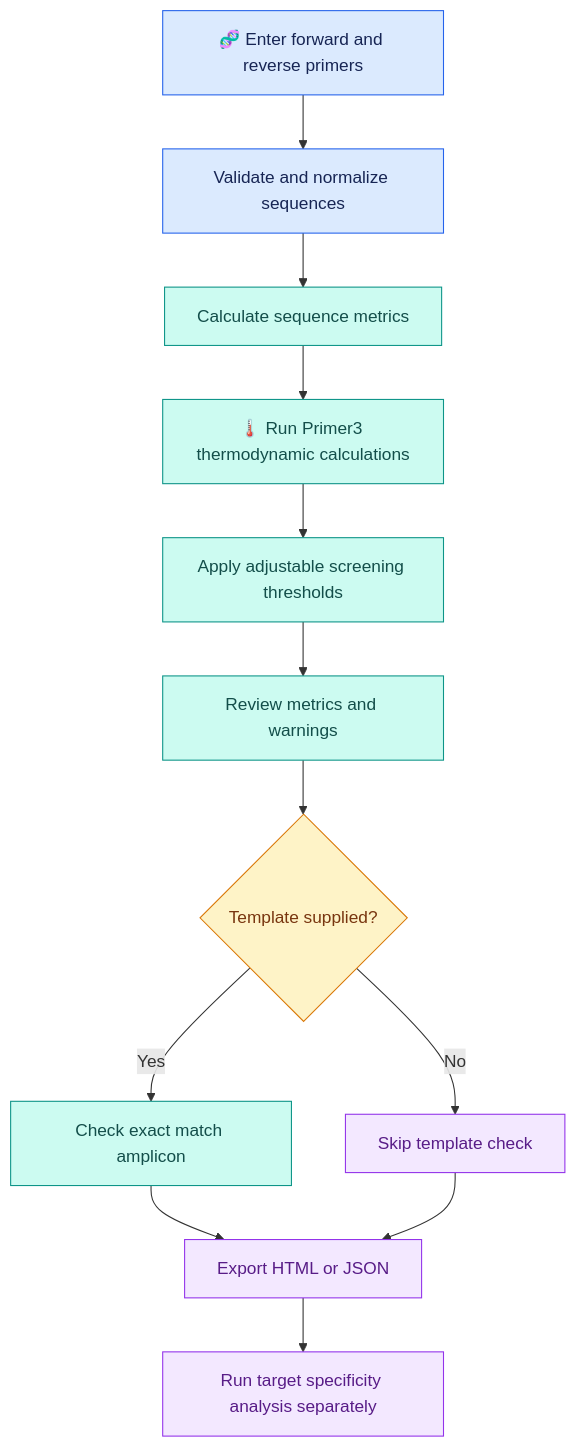
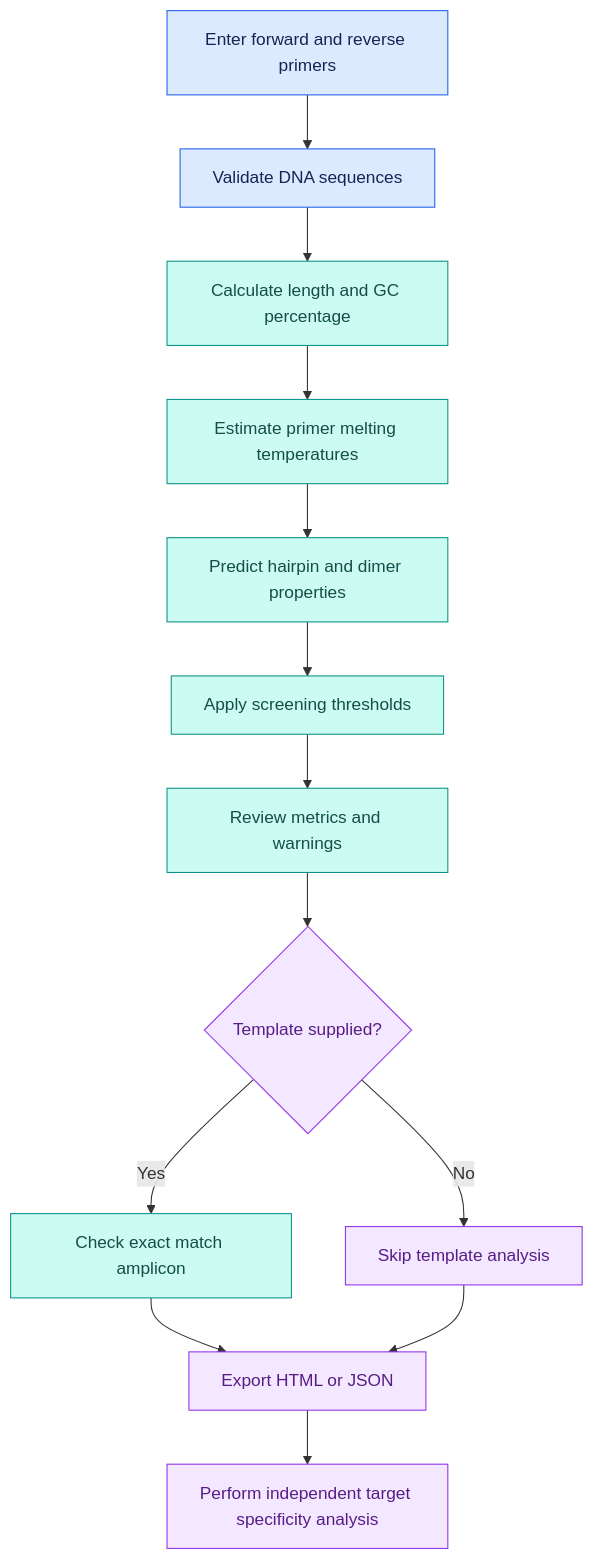
The diagram in README.md (Vishu1197/primerchecklite), drawn with Mermaid before and after one commit. The commit also changed other lines of this file, not shown here.

````diff
--- a/README.md
+++ b/README.md
@@ -82,24 +76,23 @@
 ```mermaid
 flowchart TD
-    A["🧬 Enter forward and reverse primers"] --> B["Validate and normalize sequences"]
-    B --> C["Calculate sequence metrics"]
-    C --> D["🌡️ Run Primer3 thermodynamic calculations"]
-    D --> E["Apply adjustable screening thresholds"]
-    E --> F["Review metrics and warnings"]
-    F --> G{"Template supplied?"}
-    G -->|Yes| H["Check exact match amplicon"]
-    G -->|No| I["Skip template check"]
-    H --> J["Export HTML or JSON"]
-    I --> J
-    J --> K["Run target specificity analysis separately"]
+    A["Enter forward and reverse primers"] --> B["Validate DNA sequences"]
+    B --> C["Calculate length and GC percentage"]
+    C --> D["Estimate primer melting temperatures"]
+    D --> E["Predict hairpin and dimer properties"]
+    E --> F["Apply screening thresholds"]
+    F --> G["Review metrics and warnings"]
+    G --> H{"Template supplied?"}
+    H -->|Yes| I["Check exact match amplicon"]
+    H -->|No| J["Skip template analysis"]
+    I --> K["Export HTML or JSON"]
+    J --> K
+    K --> L["Perform independent target specificity analysis"]
 
     classDef input fill:#DBEAFE,stroke:#2563EB,color:#172554
     classDef analysis fill:#CCFBF1,stroke:#0D9488,color:#134E4A
     classDef output fill:#F3E8FF,stroke:#9333EA,color:#581C87
-    classDef warning fill:#FEF3C7,stroke:#D97706,color:#78350F
 
     class A,B input
-    class C,D,E,F,H analysis
-    class G warning
-    class I,J,K output
+    class C,D,E,F,G,I analysis
+    class H,J,K,L output
 ```
````
